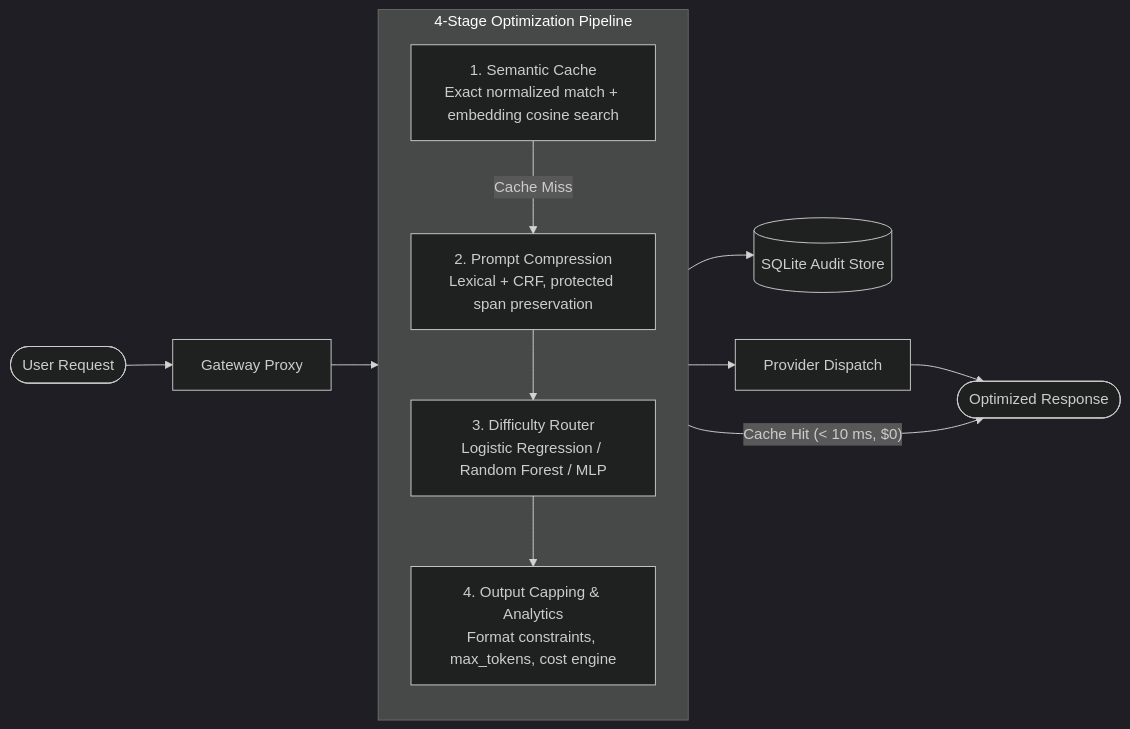
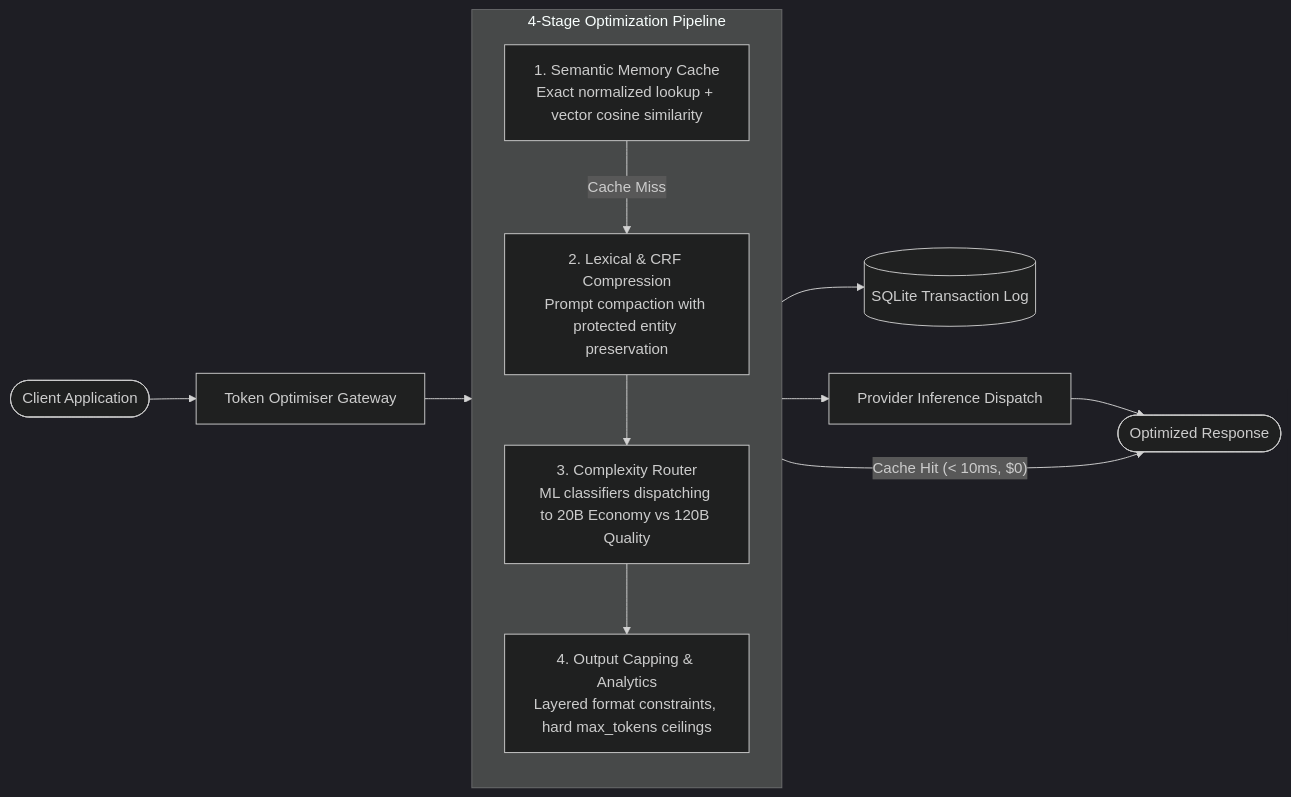
One commit to AmanKashyapp07/Token-Optimiser changed the diagram in README.md. Above: the diagram before and after it, drawn with Mermaid (dark theme). The commit also changed other lines of this file, not shown here.

````diff
--- a/README.md
+++ b/README.md
@@ -92,19 +58,19 @@
 ```mermaid
 flowchart LR
-    User([User Request]) --> Gateway[Gateway Proxy]
+    Client([Client Application]) --> Gateway[Token Optimiser Gateway]
 
     subgraph Pipeline["4-Stage Optimization Pipeline"]
         direction TB
-        S1["1. Semantic Cache<br/>Exact normalized match + embedding cosine search"]
-        S2["2. Prompt Compression<br/>Lexical + CRF, protected span preservation"]
-        S3["3. Difficulty Router<br/>Logistic Regression / Random Forest / MLP"]
-        S4["4. Output Capping & Analytics<br/>Format constraints, max_tokens, cost engine"]
+        S1["1. Semantic Memory Cache<br/>Exact normalized lookup + vector cosine similarity"]
+        S2["2. Lexical & CRF Compression<br/>Prompt compaction with protected entity preservation"]
+        S3["3. Complexity Router<br/>ML classifiers dispatching to 20B Economy vs 120B Quality"]
+        S4["4. Output Capping & Analytics<br/>Layered format constraints, hard max_tokens ceilings"]
         S1 -- "Cache Miss" --> S2 --> S3 --> S4
     end
 
     Gateway --> S1
-    S1 -- "Cache Hit (< 10 ms, $0)" --> Out([Optimized Response])
-    S4 --> Store[(SQLite Audit Store)]
-    S4 --> Dispatch[Provider Dispatch]
+    S1 -- "Cache Hit (< 10ms, $0)" --> Out([Optimized Response])
+    S4 --> Store[(SQLite Transaction Log)]
+    S4 --> Dispatch[Provider Inference Dispatch]
     Dispatch --> Out
 ```
````
